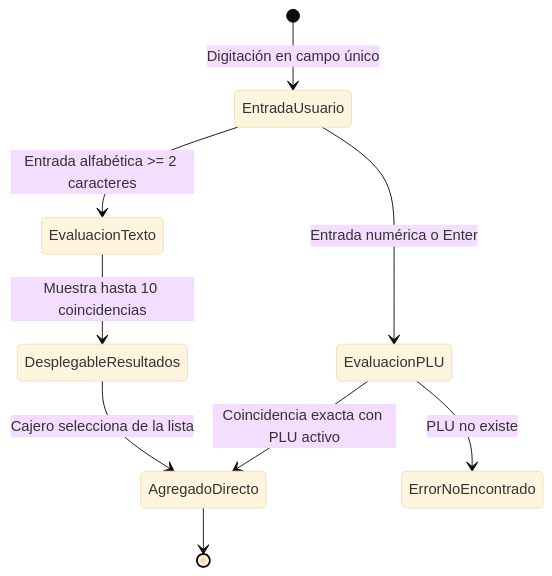
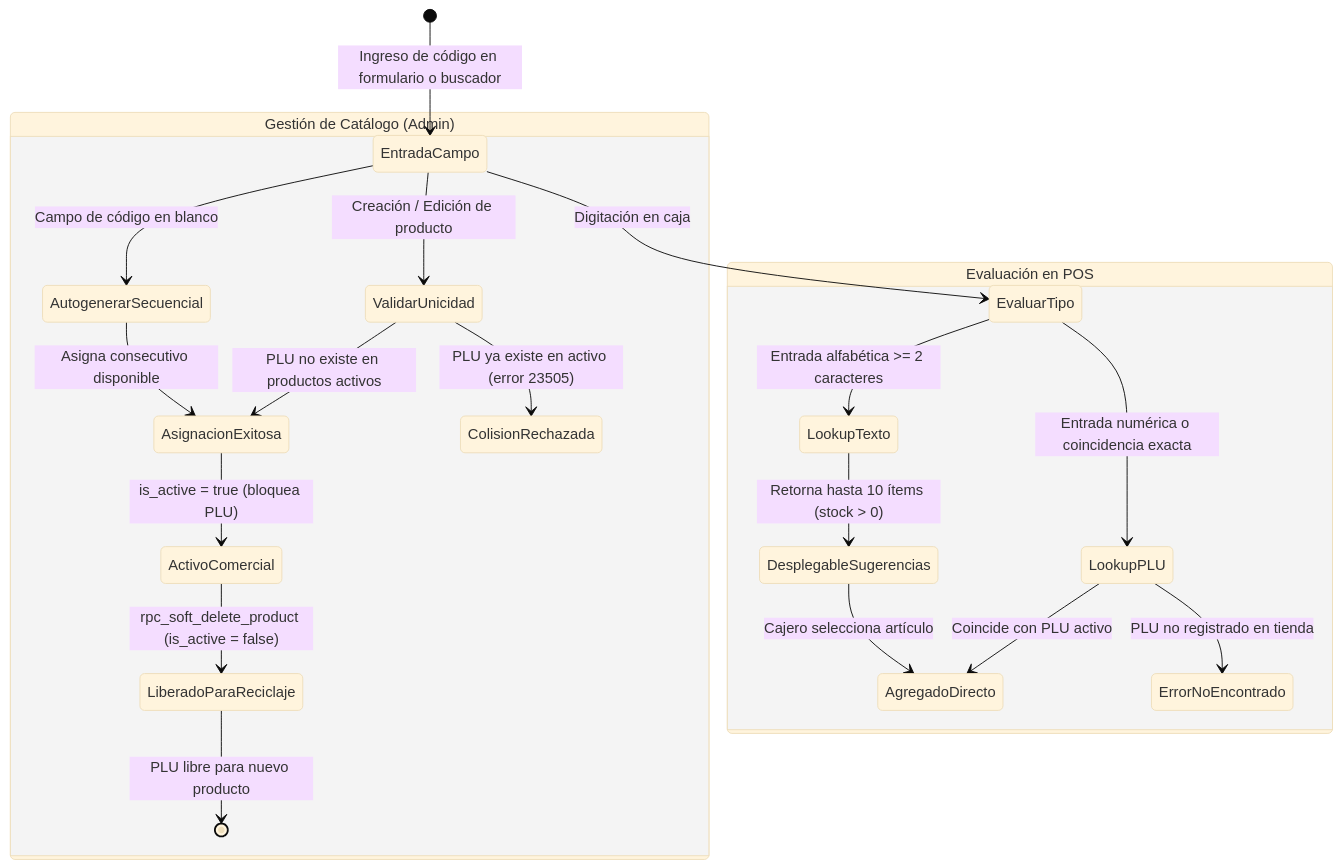
The second of 3 diagrams in documentation/01_requirements/SDD/SDD_006_03_CODIGO_PRODUCTO.md (YamirJCF/tienda-barrio-pro), drawn with Mermaid (base theme) before and after one commit. The commit also changed other lines of this file, not shown here.

Commit message:
docs(sdd): rectificar y sanitizar SDD-006-03 bajo protocolo PAC-SDD estricto con certificacion QA

````diff
--- a/documentation/01_requirements/SDD/SDD_006_03_CODIGO_PRODUCTO.md
+++ b/documentation/01_requirements/SDD/SDD_006_03_CODIGO_PRODUCTO.md
@@ -82,11 +99,29 @@
 ```mermaid
 stateDiagram-v2
-    [*] --> EntradaUsuario : Digitación en campo único
-    EntradaUsuario --> EvaluacionPLU : Entrada numérica o Enter
-    EntradaUsuario --> EvaluacionTexto : Entrada alfabética >= 2 caracteres
-    EvaluacionPLU --> AgregadoDirecto : Coincidencia exacta con PLU activo
-    EvaluacionPLU --> ErrorNoEncontrado : PLU no existe
-    EvaluacionTexto --> DesplegableResultados : Muestra hasta 10 coincidencias
-    DesplegableResultados --> AgregadoDirecto : Cajero selecciona de la lista
-    AgregadoDirecto --> [*]
+    [*] --> EntradaCampo : Ingreso de código en formulario o buscador
+    
+    state "Evaluación en POS" as POS_Eval {
+        EntradaCampo --> EvaluarTipo : Digitación en caja
+        EvaluarTipo --> LookupPLU : Entrada numérica o coincidencia exacta
+        EvaluarTipo --> LookupTexto : Entrada alfabética >= 2 caracteres
+        
+        LookupPLU --> AgregadoDirecto : Coincide con PLU activo
+        LookupPLU --> ErrorNoEncontrado : PLU no registrado en tienda
+        
+        LookupTexto --> DesplegableSugerencias : Retorna hasta 10 ítems (stock > 0)
+        DesplegableSugerencias --> AgregadoDirecto : Cajero selecciona artículo
+    }
+    
+    state "Gestión de Catálogo (Admin)" as Admin_Eval {
+        EntradaCampo --> ValidarUnicidad : Creación / Edición de producto
+        ValidarUnicidad --> AsignacionExitosa : PLU no existe en productos activos
+        ValidarUnicidad --> ColisionRechazada : PLU ya existe en activo (error 23505)
+        
+        EntradaCampo --> AutogenerarSecuencial : Campo de código en blanco
+        AutogenerarSecuencial --> AsignacionExitosa : Asigna consecutivo disponible
+        
+        AsignacionExitosa --> ActivoComercial : is_active = true (bloquea PLU)
+        ActivoComercial --> LiberadoParaReciclaje : rpc_soft_delete_product (is_active = false)
+        LiberadoParaReciclaje --> [*] : PLU libre para nuevo producto
+    }
 ```
````
